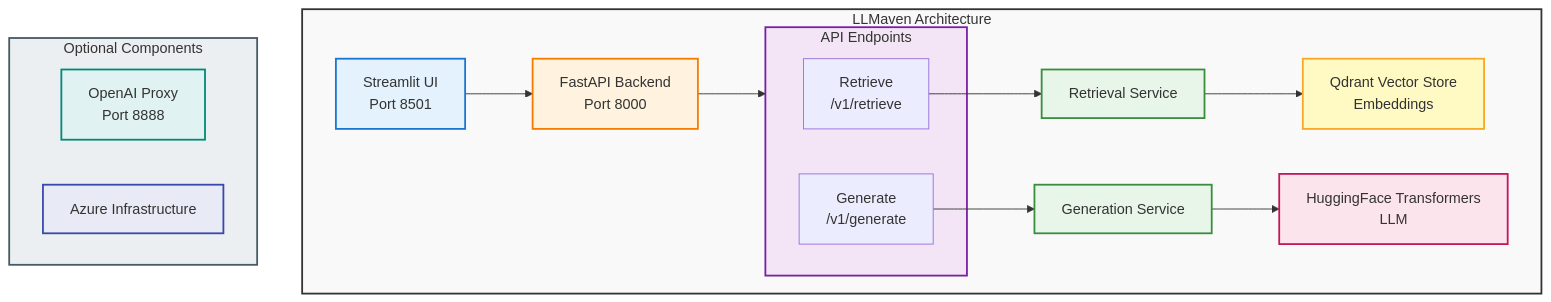
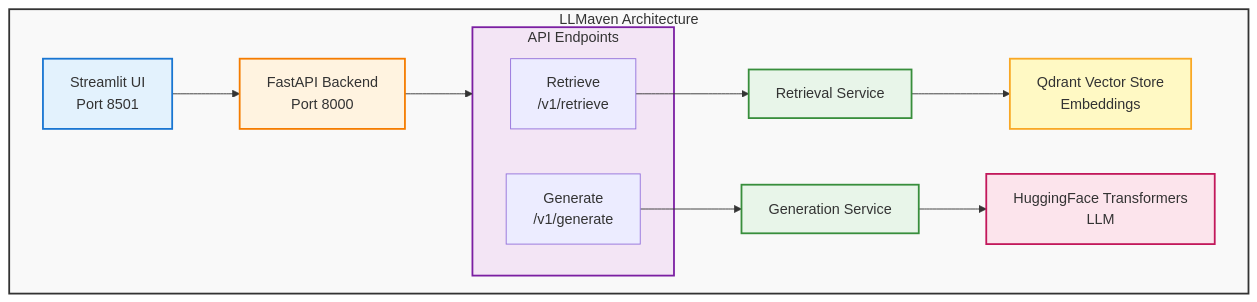
One commit to uw-ssec/llmoxie changed the diagram in README.md. Above: the diagram before and after it, drawn with Mermaid. The commit also changed other lines of this file, not shown here.

````diff
--- a/README.md
+++ b/README.md
@@ -27,36 +24,28 @@
 ```mermaid
 graph TB
     subgraph Main[LLMaven Architecture]
         UI["Streamlit UI<br/>Port 8501"] --> Backend["FastAPI Backend<br/>Port 8000"]
 
         Backend --> EndpointsGroup
 
         subgraph EndpointsGroup[API Endpoints]
             Retrieve["Retrieve<br/>/v1/retrieve"]
             Generate["Generate<br/>/v1/generate"]
         end
 
         Retrieve --> RetService["Retrieval Service"]
         Generate --> GenService["Generation Service"]
 
         RetService --> Qdrant["Qdrant Vector Store<br/>Embeddings"]
         GenService --> HF["HuggingFace Transformers<br/>LLM"]
     end
 
-    subgraph Optional[Optional Components]
-        Proxy["OpenAI Proxy<br/>Port 8888"]
-        Azure["Azure Infrastructure"]
-    end
-
     style Main fill:#f9f9f9,stroke:#333,stroke-width:2px
     style UI fill:#e3f2fd,stroke:#1976d2,stroke-width:2px
     style Backend fill:#fff3e0,stroke:#f57c00,stroke-width:2px
     style EndpointsGroup fill:#f3e5f5,stroke:#7b1fa2,stroke-width:2px
     style RetService fill:#e8f5e9,stroke:#388e3c,stroke-width:2px
     style GenService fill:#e8f5e9,stroke:#388e3c,stroke-width:2px
     style Qdrant fill:#fff9c4,stroke:#f9a825,stroke-width:2px
     style HF fill:#fce4ec,stroke:#c2185b,stroke-width:2px
-    style Optional fill:#eceff1,stroke:#455a64,stroke-width:2px
-    style Proxy fill:#e0f2f1,stroke:#00897b,stroke-width:2px
-    style Azure fill:#e8eaf6,stroke:#3949ab,stroke-width:2px
 ```
````
